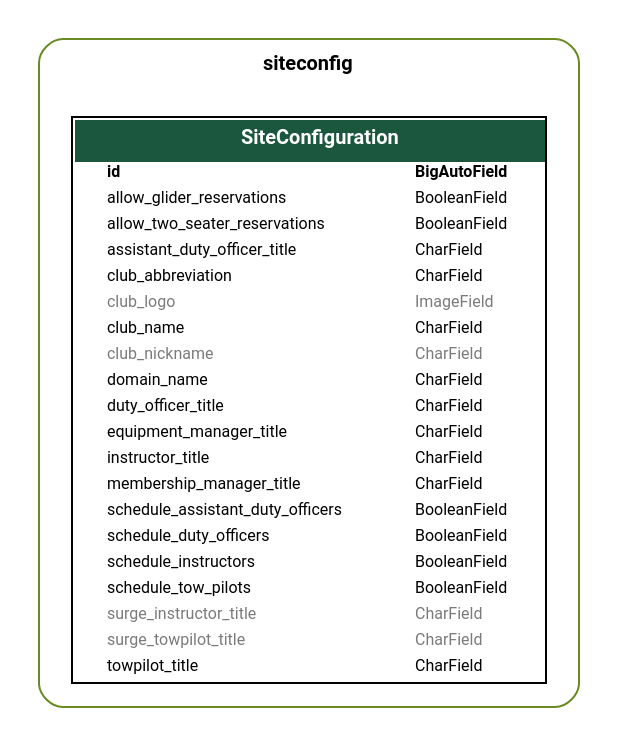
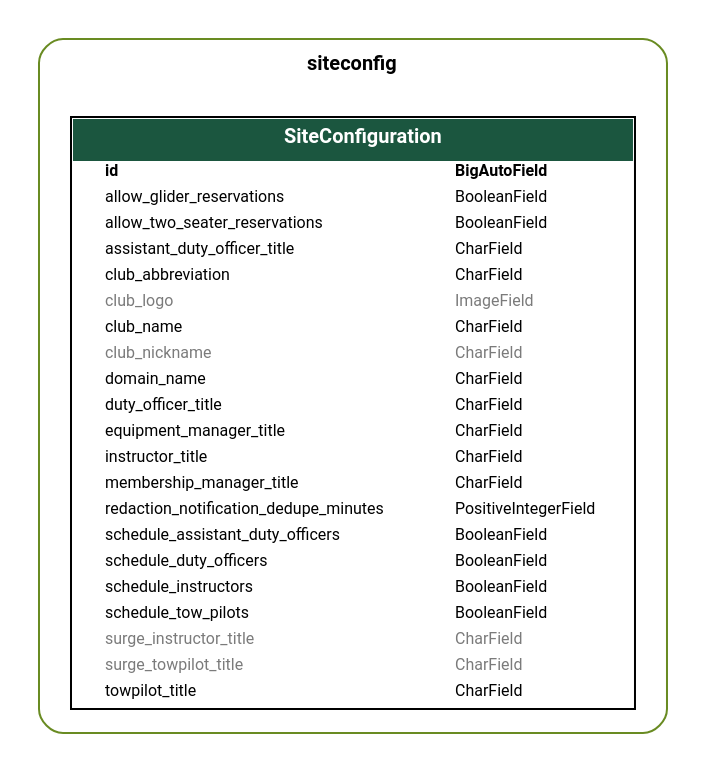
One commit to pietbarber/Manage2Soar changed the diagram in siteconfig/docs/siteconfig.dot. Above: the diagram before and after it, drawn with Graphviz. The commit also changed 16 other files, not shown here.

```diff
--- a/siteconfig/docs/siteconfig.dot
+++ b/siteconfig/docs/siteconfig.dot
@@ -1,6 +1,6 @@
 digraph model_graph {
   // Dotfile by Django-Extensions graph_models
-  // Created: 2025-10-19 12:01
+  // Created: 2025-10-20 10:48
   // Cli Options: siteconfig --arrow-shape normal --group-models --output /home/pb/Projects/skylinesoaring/siteconfig/docs/siteconfig.dot
 
   fontname = "Roboto"
@@ -147,6 +147,14 @@
     
     
       <TR><TD ALIGN="LEFT" BORDER="0">
+      <FONT FACE="Roboto">redaction_notification_dedupe_minutes</FONT>
+      </TD><TD ALIGN="LEFT">
+      <FONT FACE="Roboto">PositiveIntegerField</FONT>
+      </TD></TR>
+    
+    
+    
+      <TR><TD ALIGN="LEFT" BORDER="0">
       <FONT FACE="Roboto">schedule_assistant_duty_officers</FONT>
       </TD><TD ALIGN="LEFT">
       <FONT FACE="Roboto">BooleanField</FONT>
```
